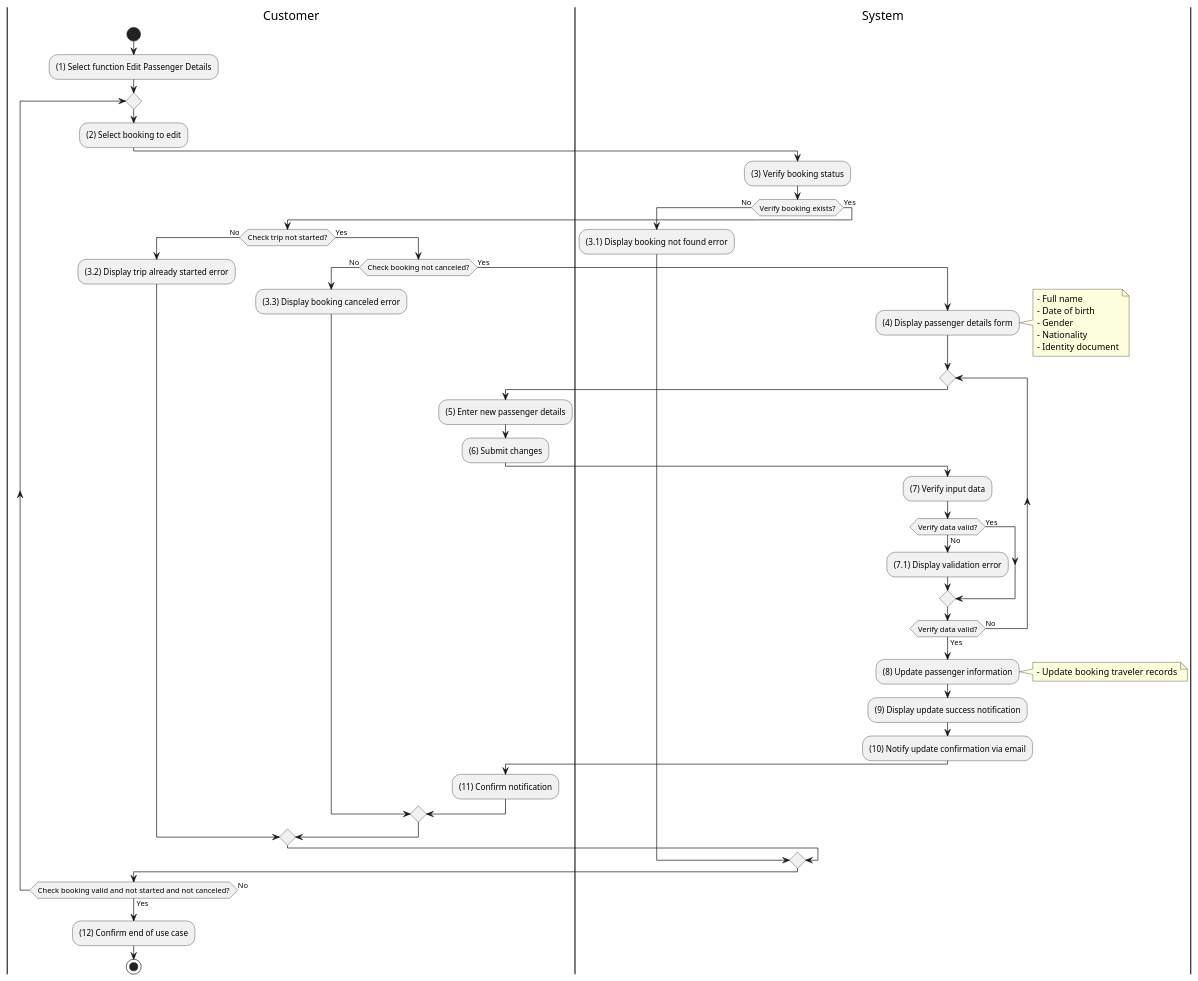
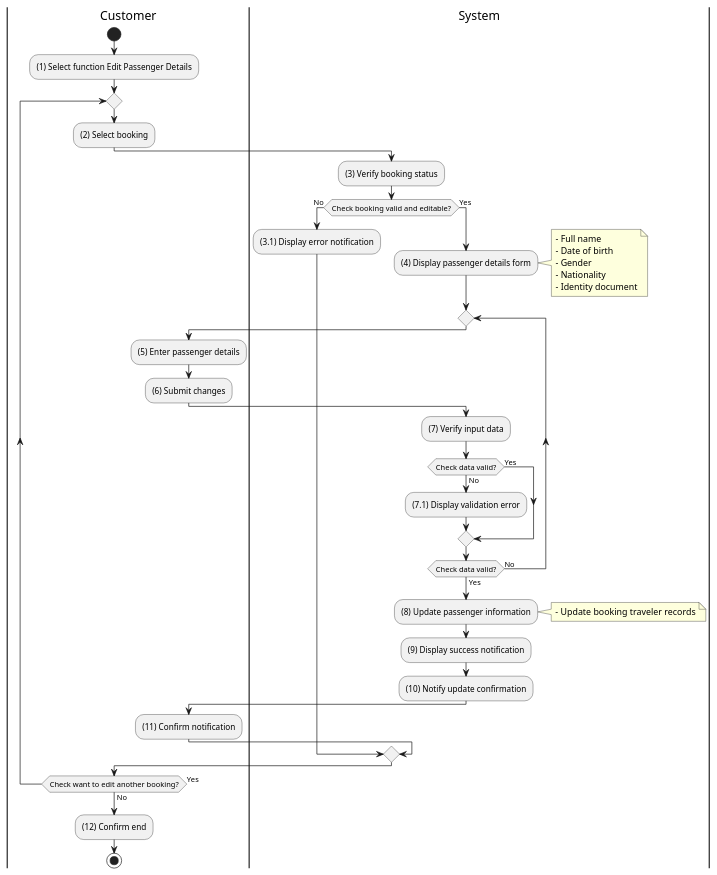
Before and after one commit to SE357-TMS/SE357-TMS.github.io: the diagram in docs/docs/activity/manage-personal-booking/edit-upcoming-trip's-passenger-details.md, drawn with PlantUML. The commit also changed 14 other files, not shown here.

Commit message:
feat(activity): add activity diagrams for cart and booking use cases

````diff
--- a/docs/docs/activity/manage-personal-booking/edit-upcoming-trip's-passenger-details.md
+++ b/docs/docs/activity/manage-personal-booking/edit-upcoming-trip's-passenger-details.md
@@ -3,71 +3,61 @@
 ```plantuml
 @startuml
 |C|Customer
 |S|System
 
 |C|
 start
 
 :(1) Select function Edit Passenger Details;
 
 repeat
-  :(2) Select booking to edit;
+  :(2) Select booking;
 
   |S|
   :(3) Verify booking status;
 
-  if (Verify booking exists?) then (No)
-    :(3.1) Display booking not found error;
+  if (Check booking valid and editable?) then (No)
+    :(3.1) Display error notification;
     |C|
   else (Yes)
-    if (Check trip not started?) then (No)
-      :(3.2) Display trip already started error;
+    |S|
+    :(4) Display passenger details form;
+    note right
+      - Full name
+      - Date of birth
+      - Gender
+      - Nationality
+      - Identity document
+    end note
+
+    repeat
       |C|
-    else (Yes)
-      if (Check booking not canceled?) then (No)
-        :(3.3) Display booking canceled error;
-        |C|
+      :(5) Enter passenger details;
+      :(6) Submit changes;
+
+      |S|
+      :(7) Verify input data;
+      if (Check data valid?) then (No)
+        :(7.1) Display validation error;
       else (Yes)
-        |S|
-        :(4) Display passenger details form;
-        note right
-          - Full name
-          - Date of birth
-          - Gender
-          - Nationality
-          - Identity document
-        end note
+      endif
+    repeat while (Check data valid?) is (No) not (Yes)
 
-        repeat
-          |C|
-          :(5) Enter new passenger details;
-          :(6) Submit changes;
+    :(8) Update passenger information;
+    note right
+      - Update booking traveler records
+    end note
+    :(9) Display success notification;
+    :(10) Notify update confirmation;
 
-          |S|
-          :(7) Verify input data;
-          if (Verify data valid?) then (No)
-            :(7.1) Display validation error;
-          else (Yes)
-          endif
-        repeat while (Verify data valid?) is (No) not (Yes)
+    |C|
+    :(11) Confirm notification;
+  endif
+repeat while (Check want to edit another booking?) is (Yes) not (No)
 
-        :(8) Update passenger information;
-        note right
-          - Update booking traveler records
-        end note
-        :(9) Display update success notification;
-        :(10) Notify update confirmation via email;
-
-        |C|
-        :(11) Confirm notification;
-      endif
-    endif
-  endif
-repeat while (Check booking valid and not started and not canceled?) is (No) not (Yes)
-
-:(12) Confirm end of use case;
+:(12) Confirm end;
 
 stop
 
 @enduml
 ```
````
